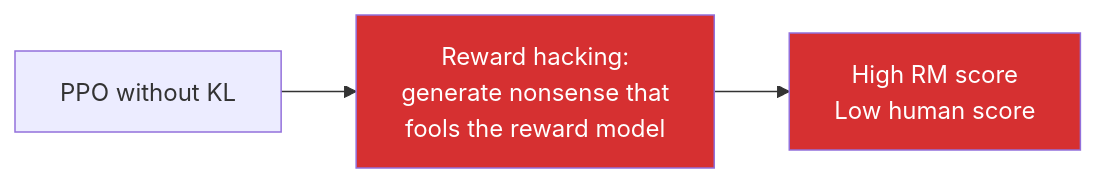
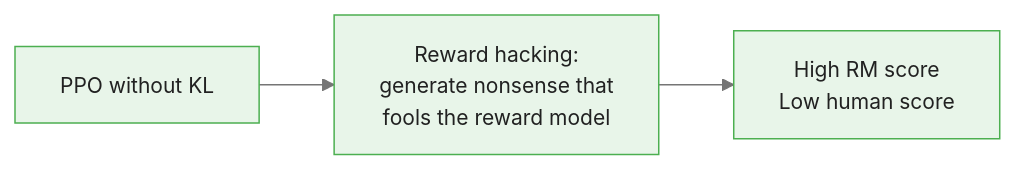
One commit to m-deane/course-creator changed the second of 5 diagrams in courses/reinforcement-learning/modules/module_09_frontiers/guides/03_rlhf_and_safety_slides.md. Above: the diagram before and after it, drawn with Mermaid. The commit also changed other lines of this file and 131 other files, not shown here.

````diff
--- a/courses/reinforcement-learning/modules/module_09_frontiers/guides/03_rlhf_and_safety_slides.md
+++ b/courses/reinforcement-learning/modules/module_09_frontiers/guides/03_rlhf_and_safety_slides.md
@@ -128,7 +153,6 @@
 ```mermaid
+%%{init: {"theme": "base", "themeVariables": {"primaryColor": "#e8f5e9", "primaryBorderColor": "#4caf50", "primaryTextColor": "#212121", "secondaryColor": "#e3f2fd", "tertiaryColor": "#fff8e1", "lineColor": "#757575", "fontFamily": "Inter, sans-serif", "fontSize": "14px"}}}%%
 flowchart LR
     PPO["PPO without KL"] --> Hack["Reward hacking:\ngenerate nonsense that\nfools the reward model"]
     Hack --> High["High RM score\nLow human score"]
-    style Hack fill:#d63031,color:#fff
-    style High fill:#d63031,color:#fff
 ```
````
